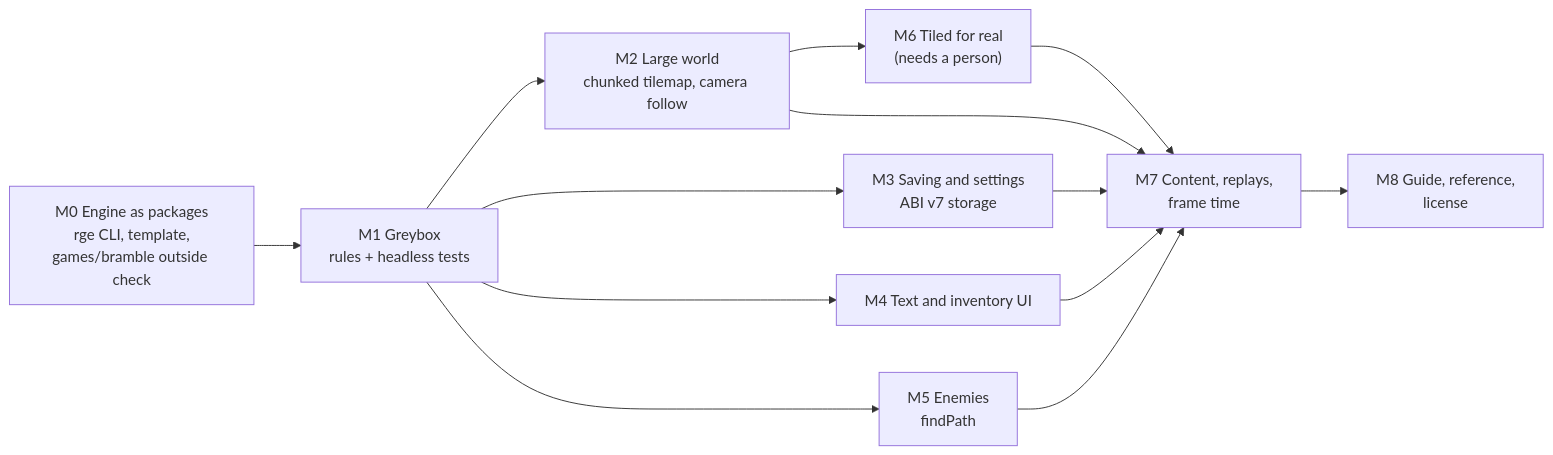
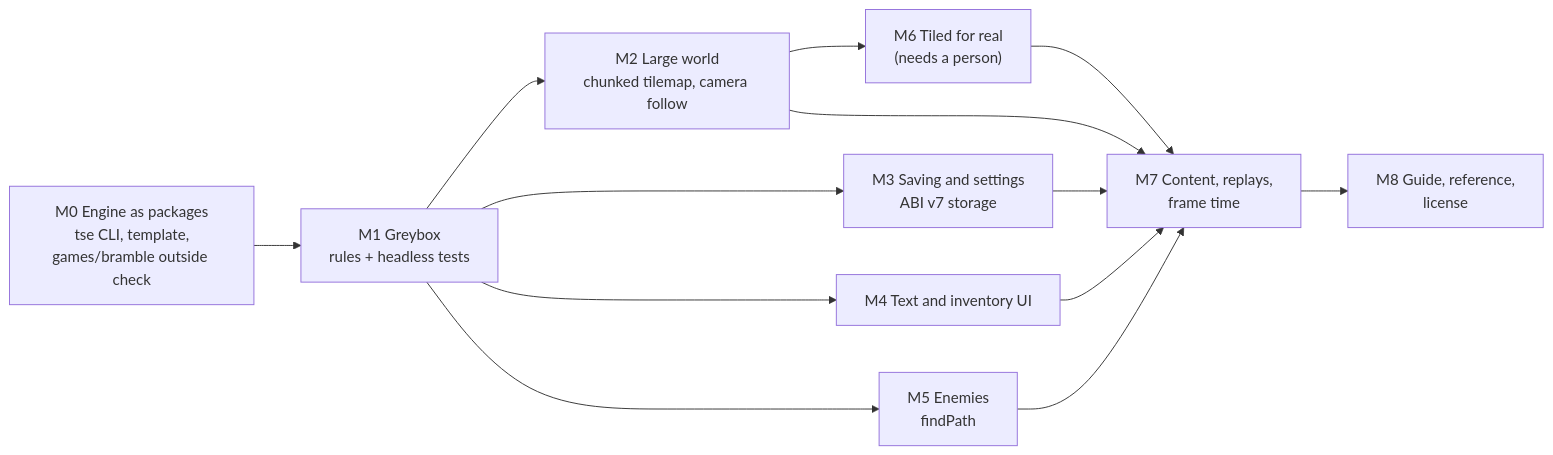
Before and after one commit to nengler/react-game-engine: the diagram in docs/ADVENTURE_PLAN.md, drawn with Mermaid. The commit also changed other lines of this file and 415 other files, not shown here.

First line of the commit message:
Rename the engine to tse, and publish @tsengine/* to npm on release

````diff
--- a/docs/ADVENTURE_PLAN.md
+++ b/docs/ADVENTURE_PLAN.md
@@ -101,11 +101,11 @@
 ```mermaid
 flowchart LR
-  M0["M0 Engine as packages<br/>rge CLI, template,<br/>games/bramble outside check"] --> M1["M1 Greybox<br/>rules + headless tests"]
+  M0["M0 Engine as packages<br/>tse CLI, template,<br/>games/bramble outside check"] --> M1["M1 Greybox<br/>rules + headless tests"]
   M1 --> M2["M2 Large world<br/>chunked tilemap, camera follow"]
   M1 --> M3["M3 Saving and settings<br/>ABI v7 storage"]
   M1 --> M4["M4 Text and inventory UI"]
   M1 --> M5["M5 Enemies<br/>findPath"]
   M2 --> M6["M6 Tiled for real<br/>(needs a person)"]
   M2 & M3 & M4 & M5 & M6 --> M7["M7 Content, replays,<br/>frame time"]
   M7 --> M8["M8 Guide, reference,<br/>license"]
 ```
````
